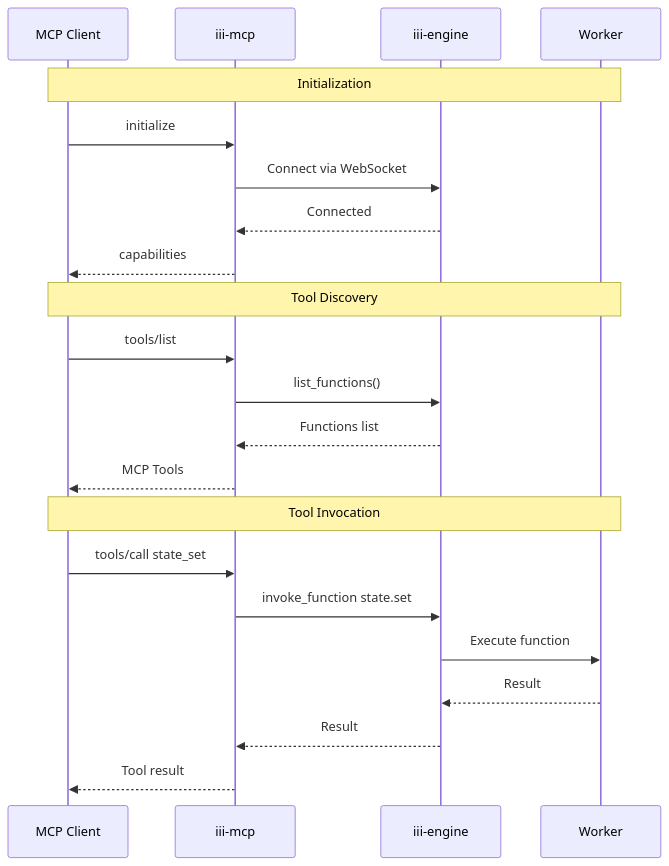
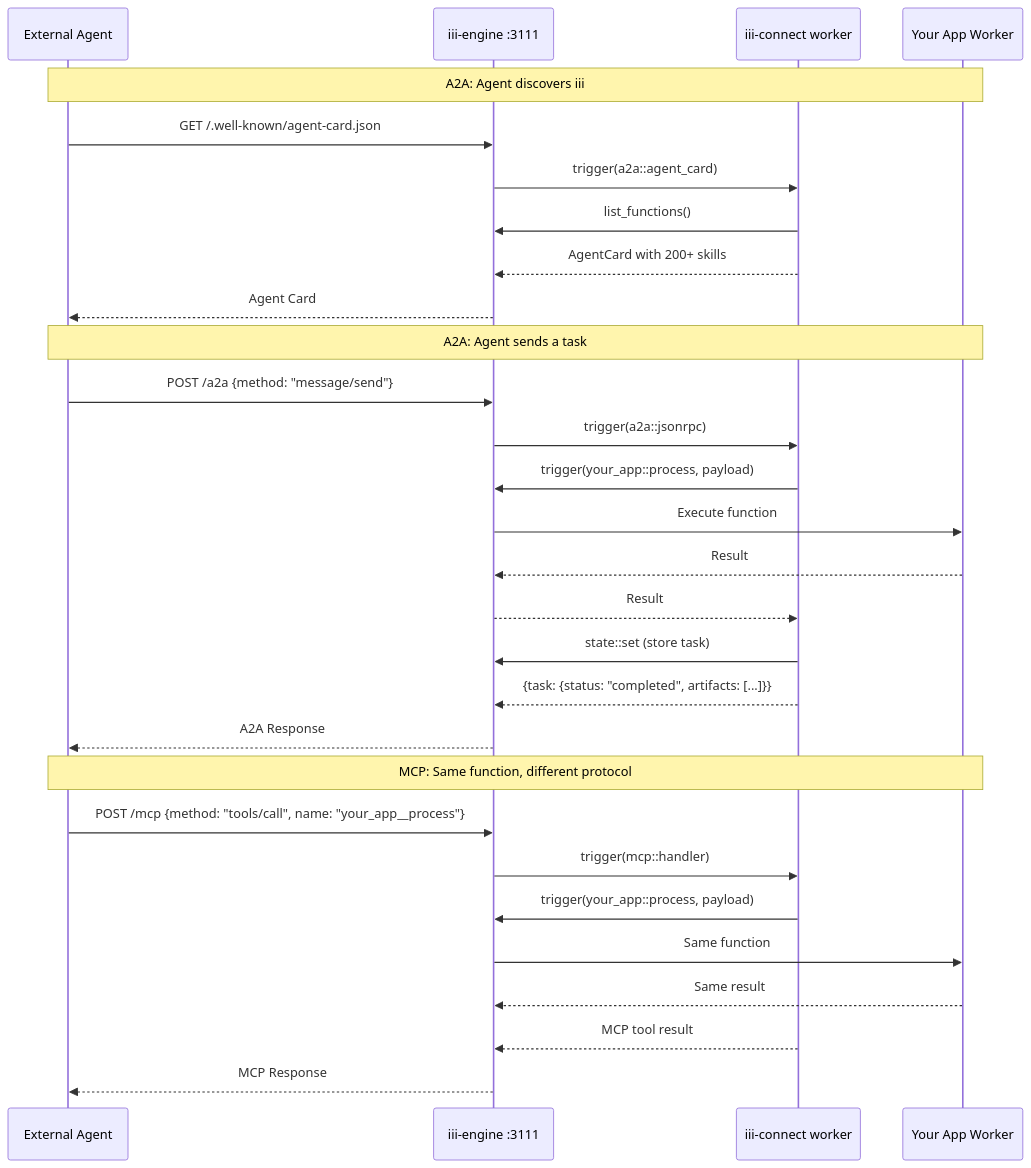
The second of 2 diagrams in README.md (iii-hq/iii-connect), drawn with Mermaid before and after one commit. The commit also changed other lines of this file and 24 other files, not shown here.

First line of the commit message:
feat: iii-connect v0.2.0 — MCP + A2A protocol worker

````diff
--- a/README.md
+++ b/README.md
@@ -399,27 +72,34 @@
 ```mermaid
 sequenceDiagram
-    participant Client as MCP Client
-    participant MCP as iii-mcp
-    participant Engine as iii-engine
-    participant Worker as Worker
+    participant Agent as External Agent
+    participant Engine as iii-engine :3111
+    participant Connect as iii-connect worker
+    participant App as Your App Worker
 
-    Note over Client,Worker: Initialization
-    Client->>MCP: initialize
-    MCP->>Engine: Connect via WebSocket
-    Engine-->>MCP: Connected
-    MCP-->>Client: capabilities
+    Note over Agent,App: A2A: Agent discovers iii
+    Agent->>Engine: GET /.well-known/agent-card.json
+    Engine->>Connect: trigger(a2a::agent_card)
+    Connect->>Engine: list_functions()
+    Connect-->>Engine: AgentCard with 200+ skills
+    Engine-->>Agent: Agent Card
 
-    Note over Client,Worker: Tool Discovery
-    Client->>MCP: tools/list
-    MCP->>Engine: list_functions()
-    Engine-->>MCP: Functions list
-    MCP-->>Client: MCP Tools
+    Note over Agent,App: A2A: Agent sends a task
+    Agent->>Engine: POST /a2a {method: "message/send"}
+    Engine->>Connect: trigger(a2a::jsonrpc)
+    Connect->>Engine: trigger(your_app::process, payload)
+    Engine->>App: Execute function
+    App-->>Engine: Result
+    Engine-->>Connect: Result
+    Connect->>Engine: state::set (store task)
+    Connect-->>Engine: {task: {status: "completed", artifacts: [...]}}
+    Engine-->>Agent: A2A Response
 
-    Note over Client,Worker: Tool Invocation
-    Client->>MCP: tools/call state_set
-    MCP->>Engine: invoke_function state.set
-    Engine->>Worker: Execute function
-    Worker-->>Engine: Result
-    Engine-->>MCP: Result
-    MCP-->>Client: Tool result
+    Note over Agent,App: MCP: Same function, different protocol
+    Agent->>Engine: POST /mcp {method: "tools/call", name: "your_app__process"}
+    Engine->>Connect: trigger(mcp::handler)
+    Connect->>Engine: trigger(your_app::process, payload)
+    Engine->>App: Same function
+    App-->>Engine: Same result
+    Connect-->>Engine: MCP tool result
+    Engine-->>Agent: MCP Response
 ```
````
